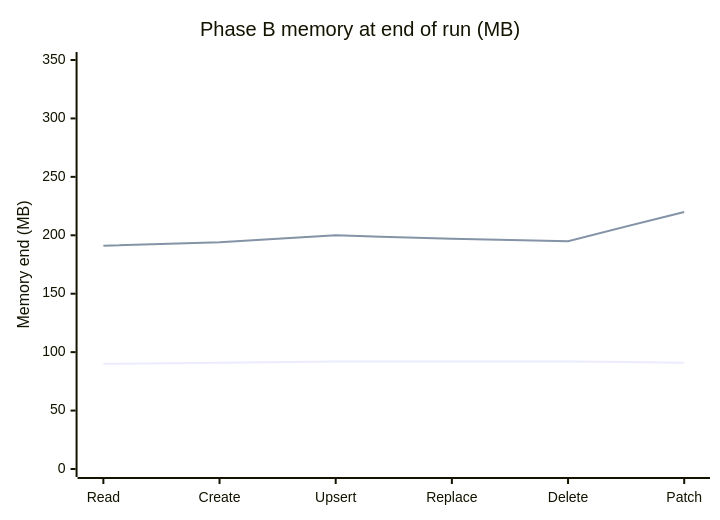
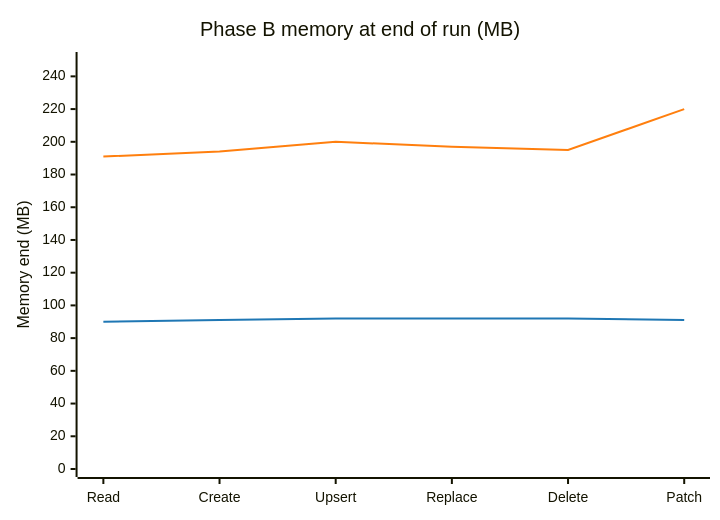
One commit to Azure/azure-sdk-for-python changed the sixth of 7 diagrams in sdk/cosmos/azure-cosmos/docs/rust-vs-python-perf-drill.md. Above: the diagram before and after it, drawn with Mermaid. The commit also changed other lines of this file and 2 other files, not shown here.

````diff
--- a/sdk/cosmos/azure-cosmos/docs/rust-vs-python-perf-drill.md
+++ b/sdk/cosmos/azure-cosmos/docs/rust-vs-python-perf-drill.md
@@ -375,8 +303,14 @@
 ```mermaid
+---
+config:
+  themeVariables:
+    xyChart:
+      plotColorPalette: "#1f77b4,#ff7f0e"
+---
 xychart-beta
     title "Phase B memory at end of run (MB)"
     x-axis ["Read","Create","Upsert","Replace","Delete","Patch"]
-    y-axis "Memory end (MB)" 0 --> 350
+    y-axis "Memory end (MB)" 0 --> 250
     line "Core Python" [90,91,92,92,92,91]
     line "Rust" [191,194,200,197,195,220]
 ```
````
